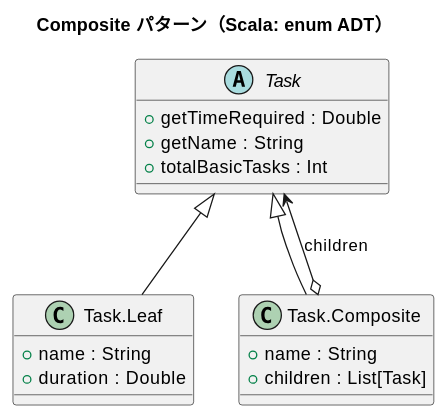
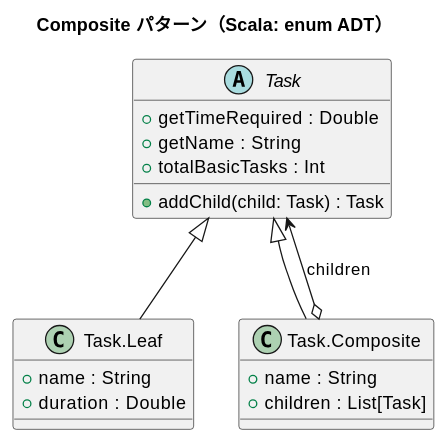
The diagram in docs/article/scala/07-composite.md (k2works/getting-started-design-pattern), drawn with PlantUML before and after one commit. The commit also changed other lines of this file and 6 other files, not shown here.

````diff
--- a/docs/article/scala/07-composite.md
+++ b/docs/article/scala/07-composite.md
@@ -13,25 +13,26 @@
 ```plantuml
 @startuml
 title Composite パターン（Scala: enum ADT）
 
 abstract class Task {
   + getTimeRequired : Double
   + getName : String
   + totalBasicTasks : Int
+  + addChild(child: Task) : Task
 }
 
 class "Task.Leaf" as Leaf {
   + name : String
   + duration : Double
 }
 
 class "Task.Composite" as Comp {
   + name : String
   + children : List[Task]
 }
 
 Task <|-- Leaf
 Task <|-- Comp
 Comp o--> Task : children
 @enduml
 ```
````
